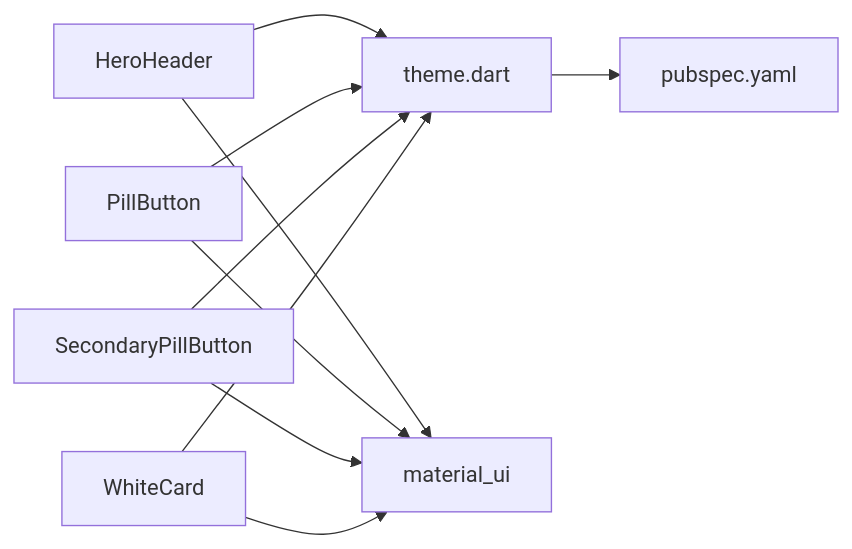
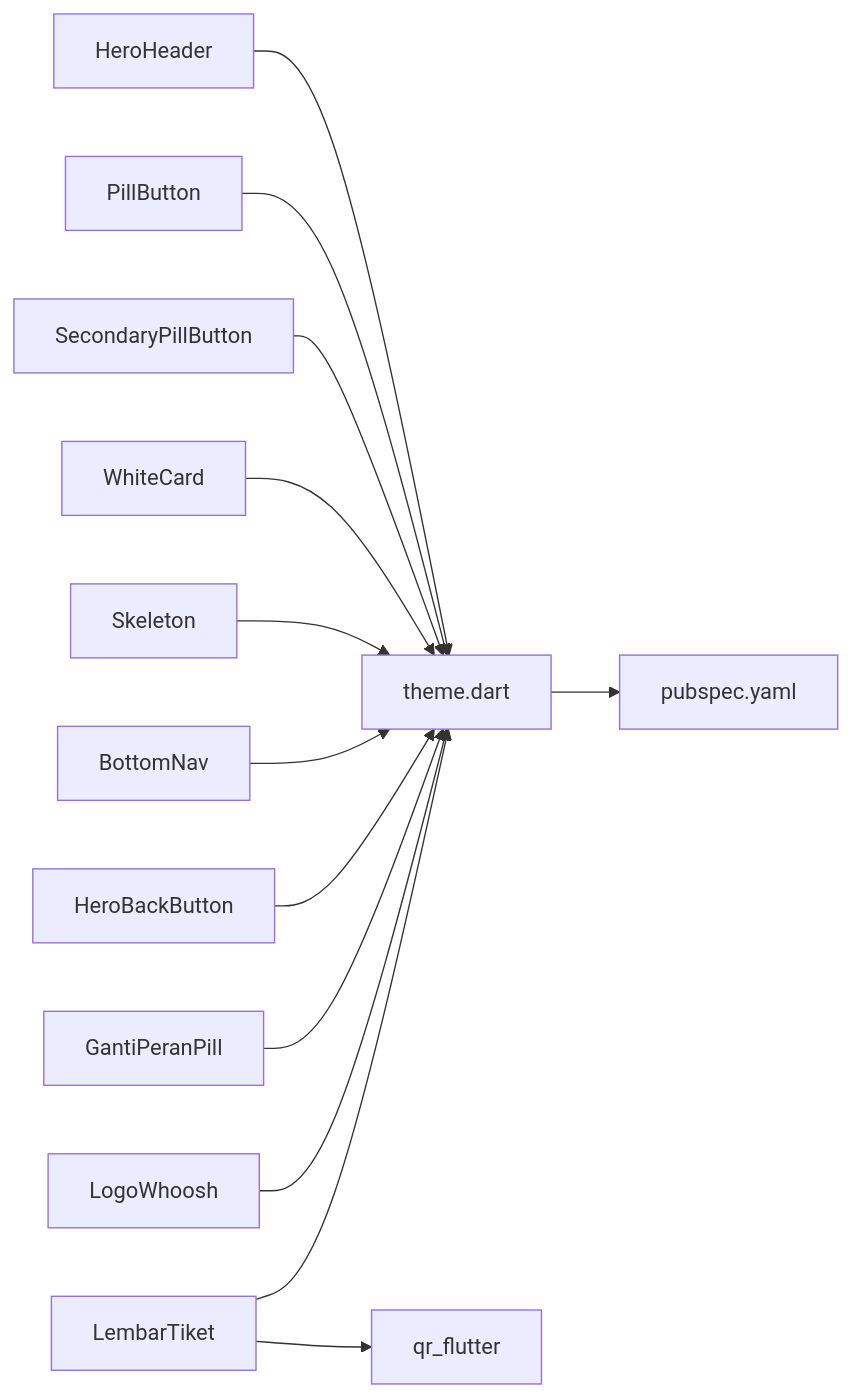
The sixth of 6 diagrams in .qoder/repowiki/en/content/Mobile Application/Widget Library/Widget Library.md (rdsarjito/whoosh-ramah), drawn with Mermaid before and after one commit. The commit also changed other lines of this file and 68 other files, not shown here.

````diff
--- a/.qoder/repowiki/en/content/Mobile Application/Widget Library/Widget Library.md
+++ b/.qoder/repowiki/en/content/Mobile Application/Widget Library/Widget Library.md
@@ -410,12 +465,15 @@
 ```mermaid
 graph LR
 HH["HeroHeader"] --> TH["theme.dart"]
 PB["PillButton"] --> TH
 SPB["SecondaryPillButton"] --> TH
 WC["WhiteCard"] --> TH
+SK["Skeleton"] --> TH
+BN["BottomNav"] --> TH
+HB["HeroBackButton"] --> TH
+GP["GantiPeranPill"] --> TH
+LG["LogoWhoosh"] --> TH
+LT["LembarTiket"] --> TH
+LT --> QR["qr_flutter"]
 TH --> PS["pubspec.yaml"]
-HH --> MU["material_ui"]
-PB --> MU
-SPB --> MU
-WC --> MU
 ```
````
